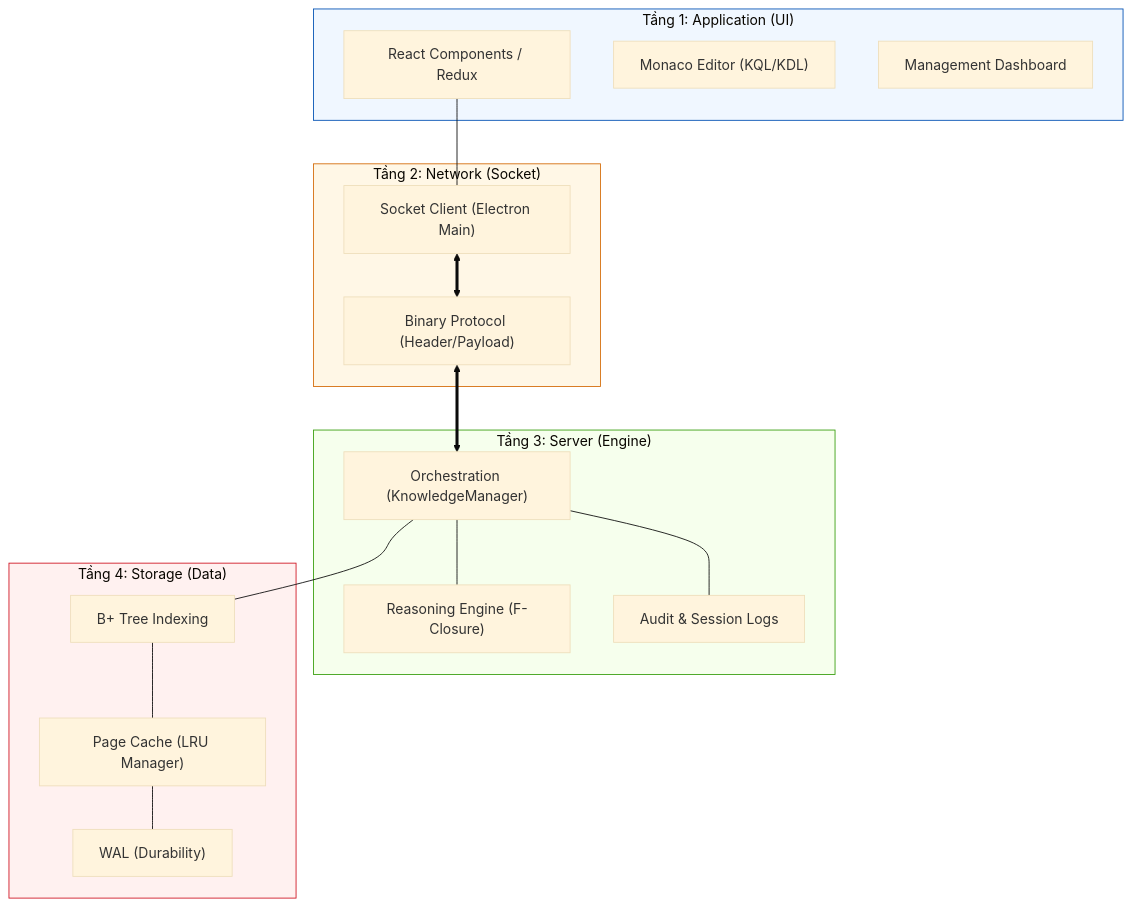
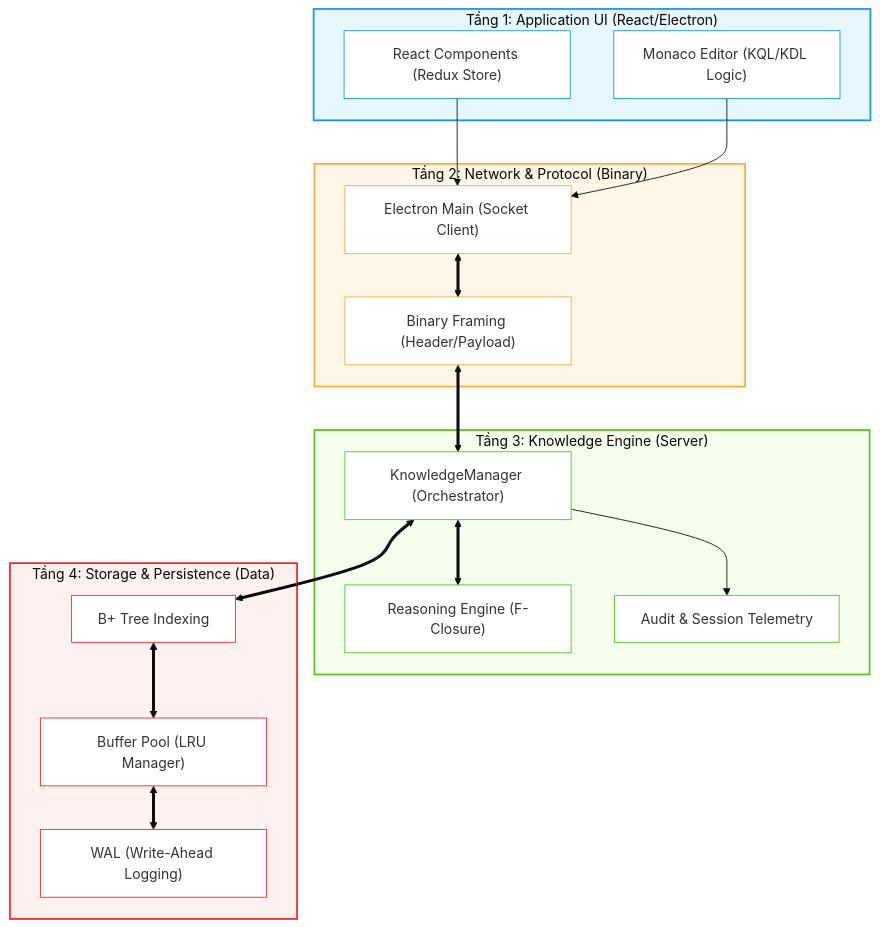
Before and after one commit to tranphat1506/KBMS: the diagram in docs/assets/diagrams/4_tier_studio_flow.mmd, drawn with Mermaid (base theme). The commit also changed 297 other files, not shown here.

Commit message:
refactor: update documentation and project diagrams by cleaning up obsolete MMD files and adding new architectural assets

```diff
--- a/docs/assets/diagrams/4_tier_studio_flow.mmd
+++ b/docs/assets/diagrams/4_tier_studio_flow.mmd
@@ -1,37 +1,50 @@
 graph TD
-    subgraph App_Layer ["Tầng 1: Application (UI)"]
-        React["React Components / Redux"]
-        Monaco["Monaco Editor (KQL/KDL)"]
-        Dash["Management Dashboard"]
+    subgraph UI_Layer ["Tầng 1: Application UI (React/Electron)"]
+        React["React Components (Redux Store)"]
+        Monaco["Monaco Editor (KQL/KDL Logic)"]
     end
     
-    subgraph Network_Layer ["Tầng 2: Network (Socket)"]
-        Socket["Socket Client (Electron Main)"]
-        Binary["Binary Protocol (Header/Payload)"]
+    subgraph Net_Layer ["Tầng 2: Network & Protocol (Binary)"]
+        Socket["Electron Main (Socket Client)"]
+        Binary["Binary Framing (Header/Payload)"]
     end
     
-    subgraph Server_Layer ["Tầng 3: Server (Engine)"]
-        Orch["Orchestration (KnowledgeManager)"]
-        RE["Reasoning Engine (F-Closure)"]
-        Audit["Audit & Session Logs"]
+    subgraph Eng_Layer ["Tầng 3: Knowledge Engine (Server)"]
+        Orch["KnowledgeManager (Orchestrator)"]
+        Reason["Reasoning Engine (F-Closure)"]
+        Audit["Audit & Session Telemetry"]
     end
     
-    subgraph Storage_Layer ["Tầng 4: Storage (Data)"]
+    subgraph Store_Layer ["Tầng 4: Storage & Persistence (Data)"]
         BTree["B+ Tree Indexing"]
-        LRU["Page Cache (LRU Manager)"]
-        WAL["WAL (Durability)"]
+        LRU["Buffer Pool (LRU Manager)"]
+        WAL["WAL (Write-Ahead Logging)"]
     end
     
-    React --- Socket
+    %% Connections
+    React --> Socket
+    Monaco --> Socket
     Socket <==> Binary
     Binary <==> Orch
-    Orch --- RE
-    Orch --- Audit
-    Orch --- BTree
-    BTree --- LRU
-    LRU --- WAL
+    Orch <==> Reason
+    Orch --> Audit
+    Orch <==> BTree
+    BTree <==> LRU
+    LRU <==> WAL
     
-    style App_Layer fill:#f0f7ff,stroke:#0050b3
-    style Network_Layer fill:#fff7e6,stroke:#d46b08
-    style Server_Layer fill:#f6ffed,stroke:#389e0d
-    style Storage_Layer fill:#fff1f0,stroke:#cf1322
+    %% Styling
+    style UI_Layer fill:#e6f7ff,stroke:#1890ff,stroke-width:2px
+    style Net_Layer fill:#fff7e6,stroke:#ffa940,stroke-width:2px
+    style Eng_Layer fill:#f6ffed,stroke:#52c41a,stroke-width:2px
+    style Store_Layer fill:#fff1f0,stroke:#f5222d,stroke-width:2px
+    
+    style React fill:#fff,stroke:#1890ff
+    style Monaco fill:#fff,stroke:#1890ff
+    style Socket fill:#fff,stroke:#ffa940
+    style Binary fill:#fff,stroke:#ffa940
+    style Orch fill:#fff,stroke:#52c41a
+    style Reason fill:#fff,stroke:#52c41a
+    style Audit fill:#fff,stroke:#52c41a
+    style BTree fill:#fff,stroke:#f5222d
+    style LRU fill:#fff,stroke:#f5222d
+    style WAL fill:#fff,stroke:#f5222d
```
